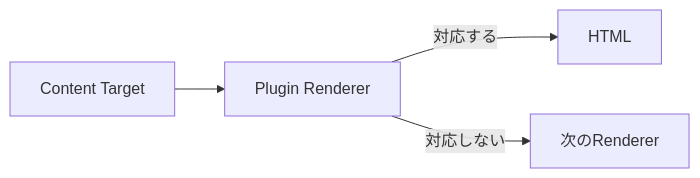
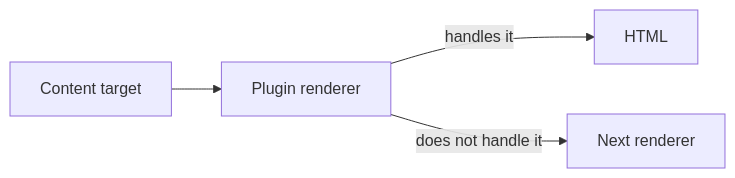
Before and after one commit to Rerurate514/riebeckite: the sixth of 13 diagrams in docs/docs/reference/plugin-api.md, drawn with Mermaid. The commit also changed other lines of this file and 604 other files, not shown here.

````diff
--- a/docs/docs/reference/plugin-api.md
+++ b/docs/docs/reference/plugin-api.md
@@ -445,10 +333,10 @@
 ```mermaid
 flowchart LR
-    Target["Content Target"]
-    Renderer["Plugin Renderer"]
+    Target["Content target"]
+    Renderer["Plugin renderer"]
     HTML["HTML"]
 
     Target --> Renderer
-    Renderer -->|"対応する"| HTML
-    Renderer -->|"対応しない"| Next["次のRenderer"]
+    Renderer -->|"handles it"| HTML
+    Renderer -->|"does not handle it"| Next["Next renderer"]
 ```
````
